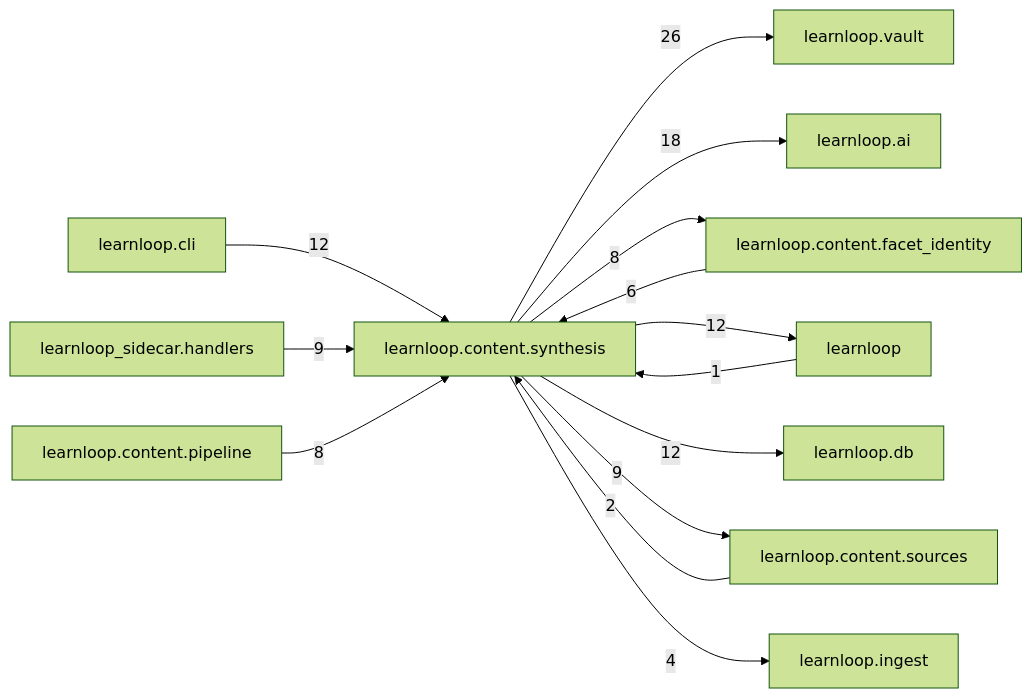
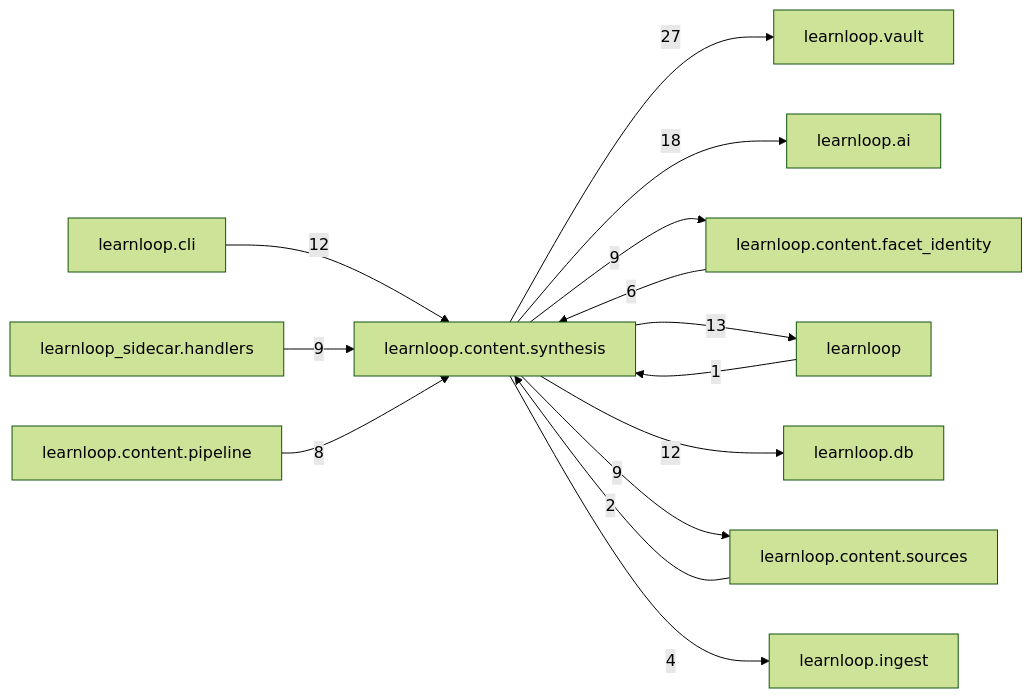
Before and after one commit to 6up-b/learnanything: the diagram in docs/learnloop-architecture-vault/Reference/Modules/learnloop/content/synthesis/_package.md, drawn with Mermaid (forest theme). The commit also changed other lines of this file and 24 other files, not shown here.

````diff
--- a/docs/learnloop-architecture-vault/Reference/Modules/learnloop/content/synthesis/_package.md
+++ b/docs/learnloop-architecture-vault/Reference/Modules/learnloop/content/synthesis/_package.md
@@ -124,27 +126,27 @@
 ```mermaid
 flowchart LR
     center["learnloop.content.synthesis"]
     n_learnloop_vault["learnloop.vault"]
     n_learnloop_ai["learnloop.ai"]
     n_learnloop_content_facet_identity["learnloop.content.facet_identity"]
     n_learnloop["learnloop"]
     n_learnloop_cli["learnloop.cli"]
     n_learnloop_db["learnloop.db"]
     n_learnloop_content_sources["learnloop.content.sources"]
     n_learnloop_sidecar_handlers["learnloop_sidecar.handlers"]
     n_learnloop_content_pipeline["learnloop.content.pipeline"]
     n_learnloop_ingest["learnloop.ingest"]
-    center -->|26| n_learnloop_vault
+    center -->|27| n_learnloop_vault
     center -->|18| n_learnloop_ai
     n_learnloop_content_facet_identity -->|6| center
-    center -->|8| n_learnloop_content_facet_identity
+    center -->|9| n_learnloop_content_facet_identity
     n_learnloop -->|1| center
-    center -->|12| n_learnloop
+    center -->|13| n_learnloop
     n_learnloop_cli -->|12| center
     center -->|12| n_learnloop_db
     n_learnloop_content_sources -->|2| center
     center -->|9| n_learnloop_content_sources
     n_learnloop_sidecar_handlers -->|9| center
     n_learnloop_content_pipeline -->|8| center
     center -->|4| n_learnloop_ingest
 ```
````
